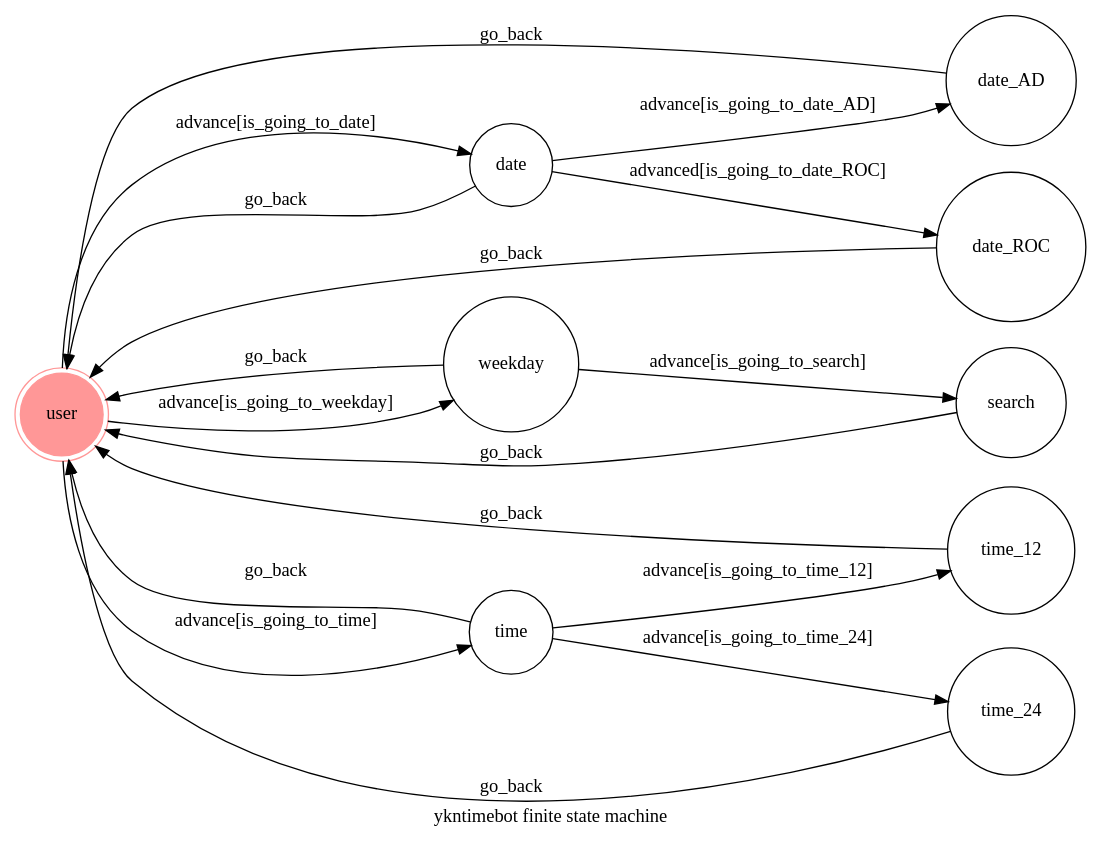
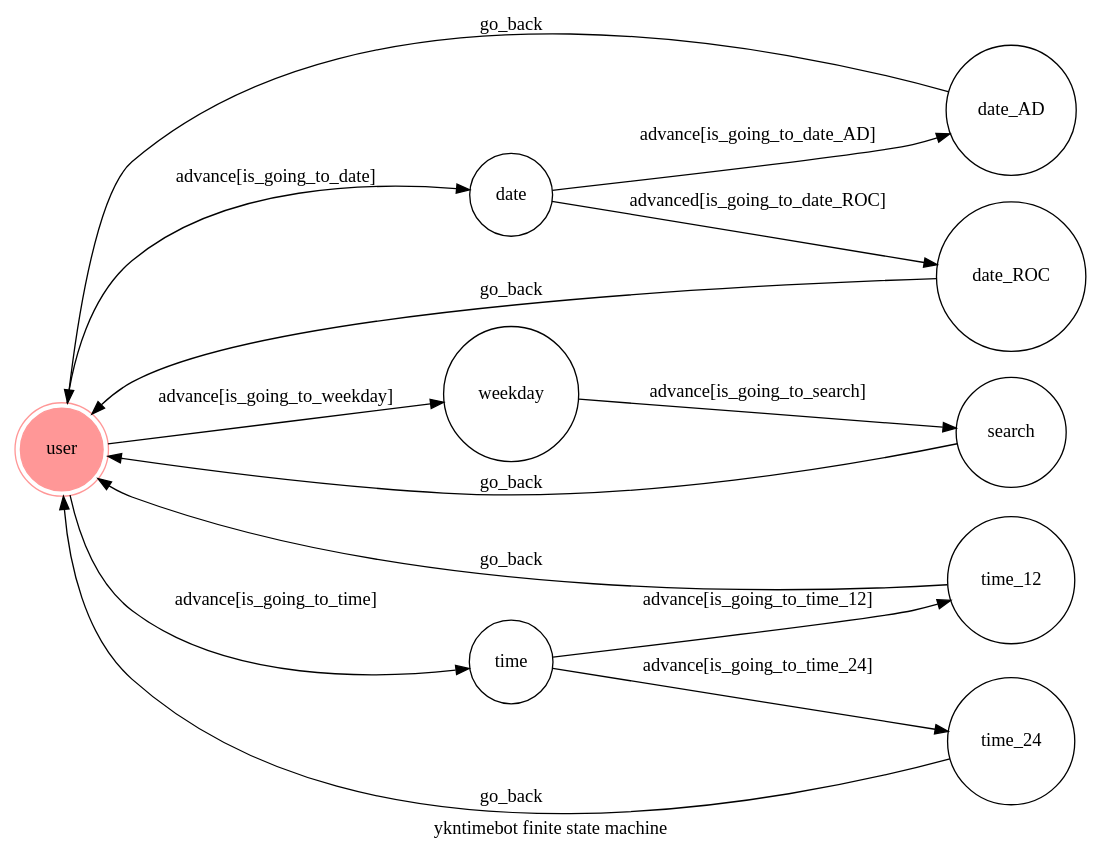
Before and after one commit to yukinaxx/TOC_final_project: the diagram in graph1.gv, drawn with Graphviz. The commit also changed 3 other files, not shown here.

```diff
--- a/graph1.gv
+++ b/graph1.gv
@@ -1,29 +1,26 @@
 digraph fsm {
     label = "ykntimebot finite state machine"
     rankdir = "LR"
     user[shape=doublecircle, color="#ff9797", style=filled]
     date[shape=circle]
     date_AD[shape=circle]
     date_ROC[shape=circle]
     weekday[shape=circle]
     search[shape=circle]
     time[shape=circle]
     time_12[shape=circle]
     time_24[shape=circle]
     user -> date [label="advance[is_going_to_date]"]
     user -> weekday [label="advance[is_going_to_weekday]"]
     user -> time [label="advance[is_going_to_time]"]
     date -> date_AD [label="advance[is_going_to_date_AD]"]
     date -> date_ROC [label="advanced[is_going_to_date_ROC]"]
     weekday -> search [label="advance[is_going_to_search]"]
     time -> time_12 [label="advance[is_going_to_time_12]"]
     time -> time_24 [label="advance[is_going_to_time_24]"]
-    date -> user [label="go_back"]
-    weekday -> user [label="go_back"]
-    time -> user [label="go_back"]
     date_AD -> user [label="go_back"]
     date_ROC -> user [label="go_back"]
     search -> user [label="go_back"]
     time_12 -> user [label="go_back"]
     time_24 -> user [label="go_back"]
 }
```
